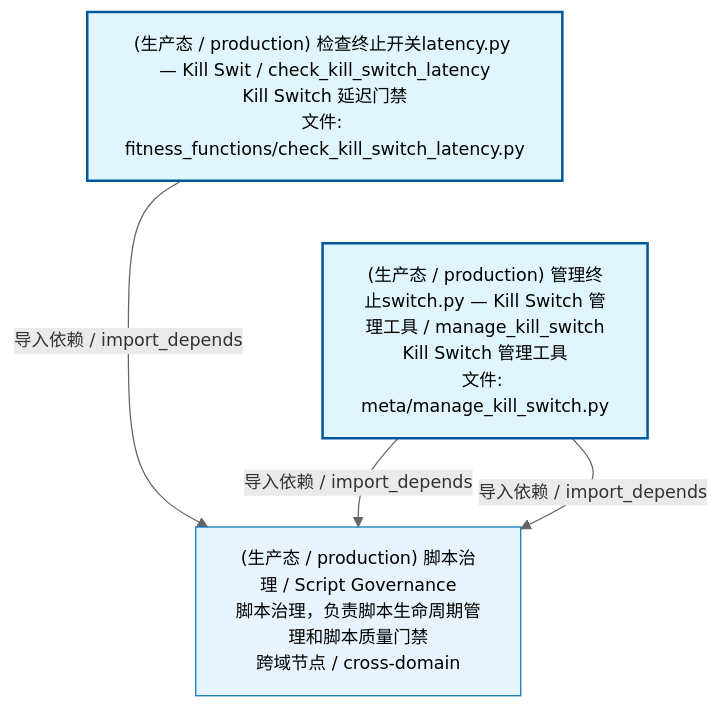
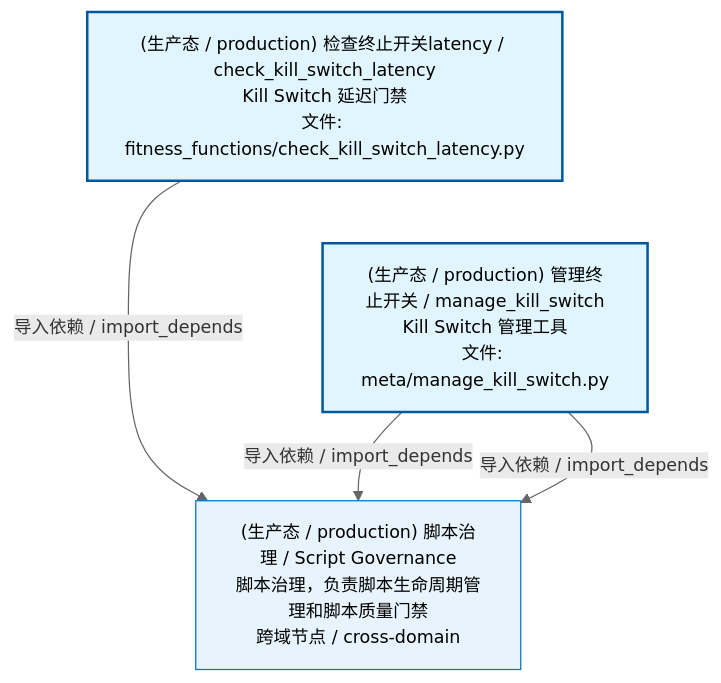
Before and after one commit to xuanFelixVan/ZephyrAlpha: the first of 3 diagrams in docs/02_enterprise_architecture/02_domain_architecture_docs/34_d_autonomy_perm.md, drawn with Mermaid. The commit also changed other lines of this file and 50 other files, not shown here.

````diff
--- a/docs/02_enterprise_architecture/02_domain_architecture_docs/34_d_autonomy_perm.md
+++ b/docs/02_enterprise_architecture/02_domain_architecture_docs/34_d_autonomy_perm.md
@@ -53,17 +53,17 @@
 ```mermaid
 %%{init: {'theme': 'base', 'themeVariables': {'primaryColor': '#eaeaea', 'primaryTextColor': '#333333', 'primaryBorderColor': '#666666', 'lineColor': '#666666', 'secondaryColor': '#eaeaea', 'tertiaryColor': '#eaeaea', 'fontSize': '14px'}}}%%
 flowchart TD
-    scripts_arch_guard_fitness_functions_check_kill_switch_latency_py["(生产态 / production) 检查终止开关latency.py — Kill Swit / check_kill_switch_latency<br/>Kill Switch 延迟门禁<br/>文件: fitness_functions/check_kill_switch_latency.py"]
-    scripts_governance_meta_manage_kill_switch_py["(生产态 / production) 管理终止switch.py — Kill Switch 管理工具 / manage_kill_switch<br/>Kill Switch 管理工具<br/>文件: meta/manage_kill_switch.py"]
+    scripts_arch_guard_fitness_functions_check_kill_switch_latency_py["(生产态 / production) 检查终止开关latency / check_kill_switch_latency<br/>Kill Switch 延迟门禁<br/>文件: fitness_functions/check_kill_switch_latency.py"]
+    scripts_governance_meta_manage_kill_switch_py["(生产态 / production) 管理终止开关 / manage_kill_switch<br/>Kill Switch 管理工具<br/>文件: meta/manage_kill_switch.py"]
     scripts_arch_guard_fitness_functions_check_kill_switch_latency_py ~~~ scripts_governance_meta_manage_kill_switch_py
     D_GOV_SCRIPTS["(生产态 / production) 脚本治理 / Script Governance<br/>脚本治理，负责脚本生命周期管理和脚本质量门禁<br/>跨域节点 / cross-domain"]
     scripts_arch_guard_fitness_functions_check_kill_switch_latency_py -->|导入依赖 / import_depends| D_GOV_SCRIPTS
     scripts_governance_meta_manage_kill_switch_py -->|导入依赖 / import_depends| D_GOV_SCRIPTS
     scripts_governance_meta_manage_kill_switch_py -->|导入依赖 / import_depends| D_GOV_SCRIPTS
     classDef production fill:#e1f5fe,stroke:#01579b,stroke-width:2px,color:#000
     classDef design fill:#fff3e0,stroke:#e65100,stroke-width:2px,color:#000,stroke-dasharray: 5 5
     classDef external_prod fill:#e8f4fd,stroke:#0277bd,stroke-width:1px,color:#000
     classDef external_design fill:#fff8e7,stroke:#ef6c00,stroke-width:1px,color:#000,stroke-dasharray: 5 5
     class scripts_arch_guard_fitness_functions_check_kill_switch_latency_py,scripts_governance_meta_manage_kill_switch_py production
     class D_GOV_SCRIPTS external_prod
 ```
````
